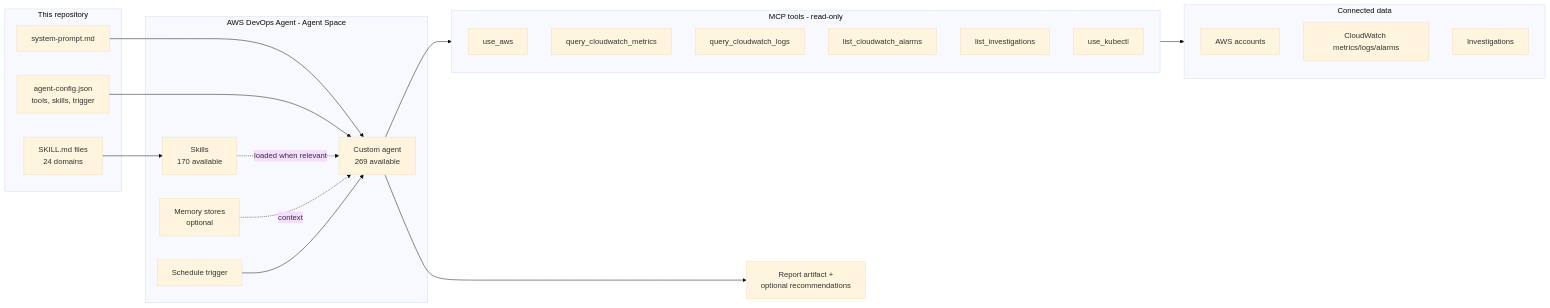
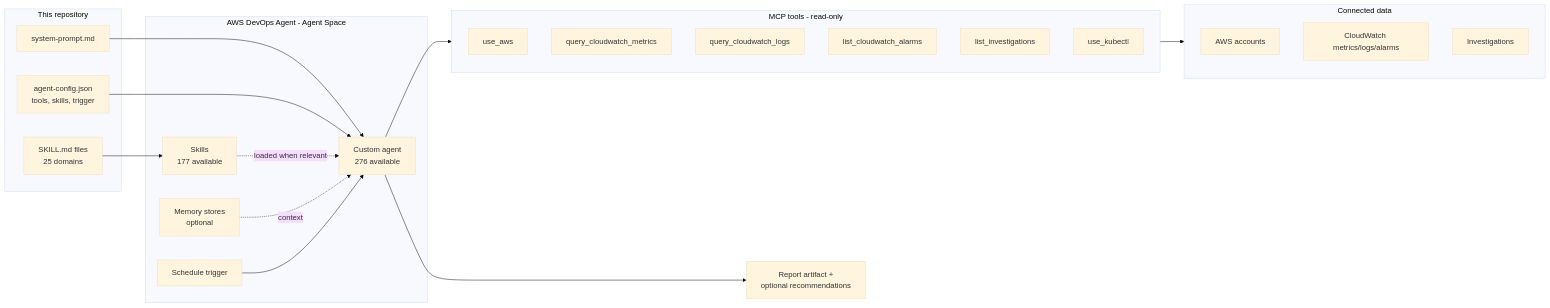
The first of 4 diagrams in README.md (Misterb91123/aws-sample-ai-agents), drawn with Mermaid (base theme) before and after one commit. The commit also changed other lines of this file and 24 other files, not shown here.

Commit message:
feat: add 7 agent-space-memory agents (270-276) that leverage DevOps Agent memory stores, with paired skills; recommend-only writes

````diff
--- a/README.md
+++ b/README.md
@@ -28,42 +28,42 @@
 ```mermaid
 flowchart LR
     subgraph Repo["This repository"]
         SP[system-prompt.md]
         CFG[agent-config.json<br/>tools, skills, trigger]
-        SK[SKILL.md files<br/>24 domains]
+        SK[SKILL.md files<br/>25 domains]
     end
 
     subgraph Space["AWS DevOps Agent - Agent Space"]
-        AG[Custom agent<br/>269 available]
-        SKA[Skills<br/>170 available]
+        AG[Custom agent<br/>276 available]
+        SKA[Skills<br/>177 available]
         MEM[Memory stores<br/>optional]
         TRG[Schedule trigger]
     end
 
     subgraph Tools["MCP tools - read-only"]
         T1[use_aws]
         T2[query_cloudwatch_metrics]
         T3[query_cloudwatch_logs]
         T4[list_cloudwatch_alarms]
         T5[list_investigations]
         T6[use_kubectl]
     end
 
     subgraph Sources["Connected data"]
         AWS[AWS accounts]
         CW[CloudWatch metrics/logs/alarms]
         INV[Investigations]
     end
 
     OUT[Report artifact +<br/>optional recommendations]
 
     SP --> AG
     CFG --> AG
     SK --> SKA
     SKA -.loaded when relevant.-> AG
     MEM -.context.-> AG
     TRG --> AG
     AG --> Tools
     Tools --> Sources
     AG --> OUT
 ```
````
